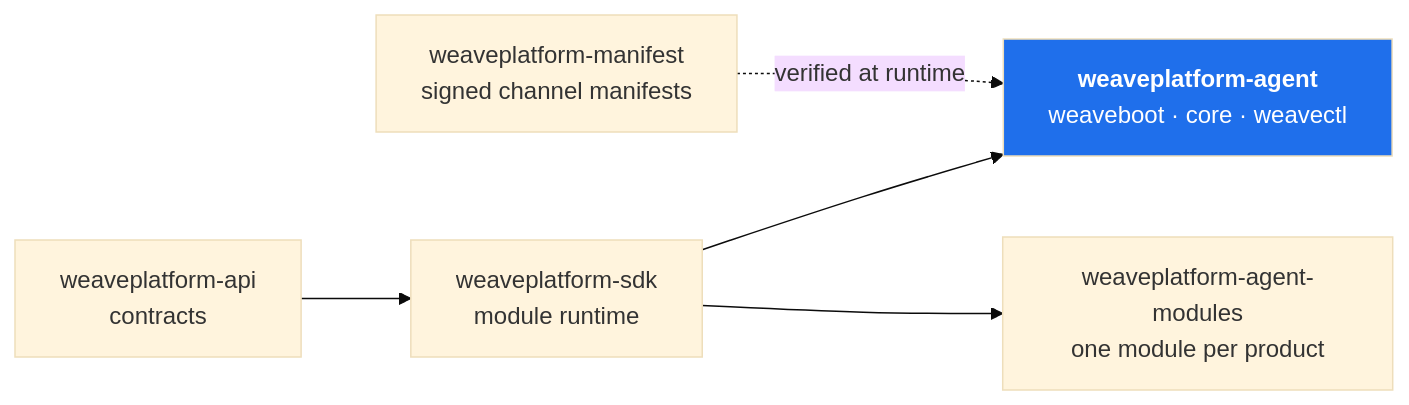
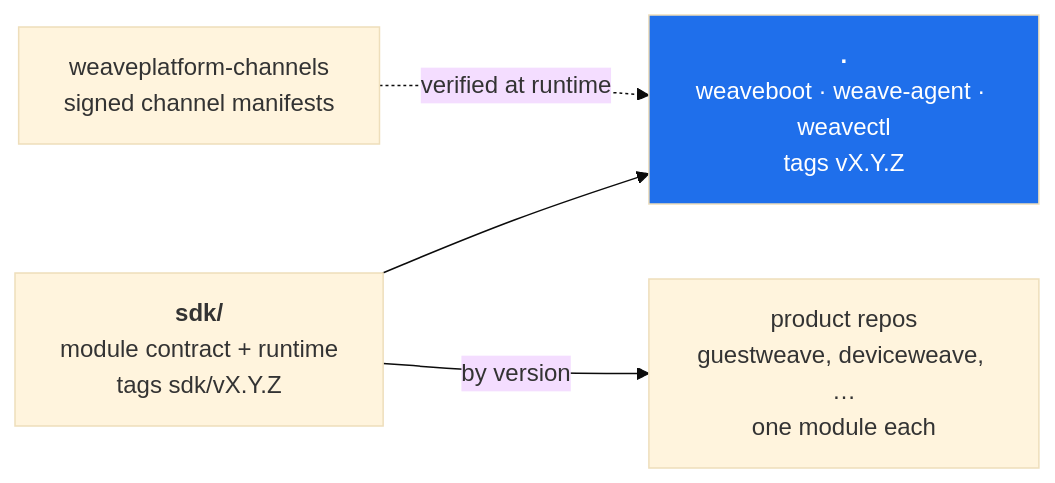
One commit to deploymenttheory/weaveplatform-agent-core changed the diagram in README.md. Above: the diagram before and after it, drawn with Mermaid (base theme). The commit also changed other lines of this file and 161 other files, not shown here.

First line of the commit message:
feat: absorb weaveplatform-sdk and weaveplatform-api as the nested sdk/ module

````diff
--- a/README.md
+++ b/README.md
@@ -20,8 +24,7 @@
 ```mermaid
 flowchart LR
-    api[weaveplatform-api<br/>contracts] --> sdk[weaveplatform-sdk<br/>module runtime]
-    sdk --> agent[<b>weaveplatform-agent</b><br/>weaveboot · core · weavectl]
-    sdk --> modules[weaveplatform-agent-modules<br/>one module per product]
-    manifest[weaveplatform-manifest<br/>signed channel manifests] -. verified at runtime .-> agent
-    style agent fill:#1f6feb,color:#fff
+    sdk["<b>sdk/</b><br/>module contract + runtime<br/>tags sdk/vX.Y.Z"] --> core["<b>.</b><br/>weaveboot · weave-agent · weavectl<br/>tags vX.Y.Z"]
+    sdk -->|by version| product["product repos<br/>guestweave, deviceweave, …<br/>one module each"]
+    channels["weaveplatform-channels<br/>signed channel manifests"] -. verified at runtime .-> core
+    style core fill:#1f6feb,color:#fff
 ```
````
